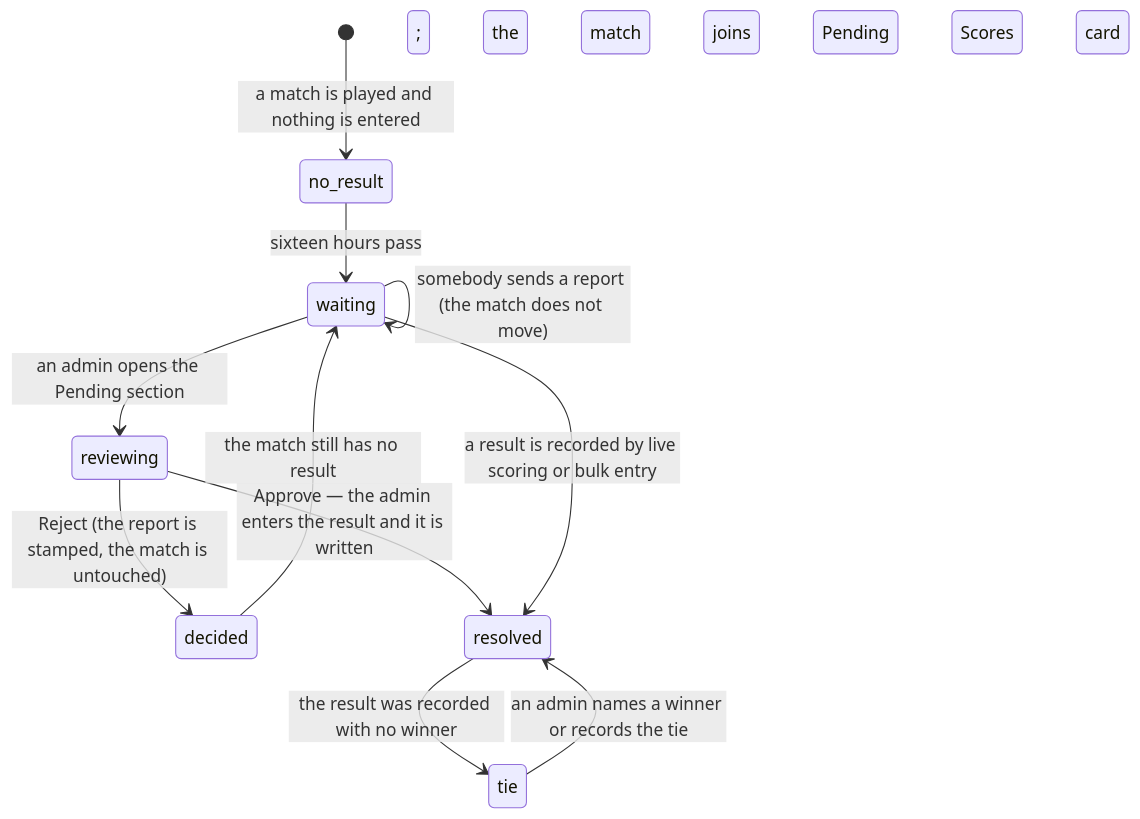
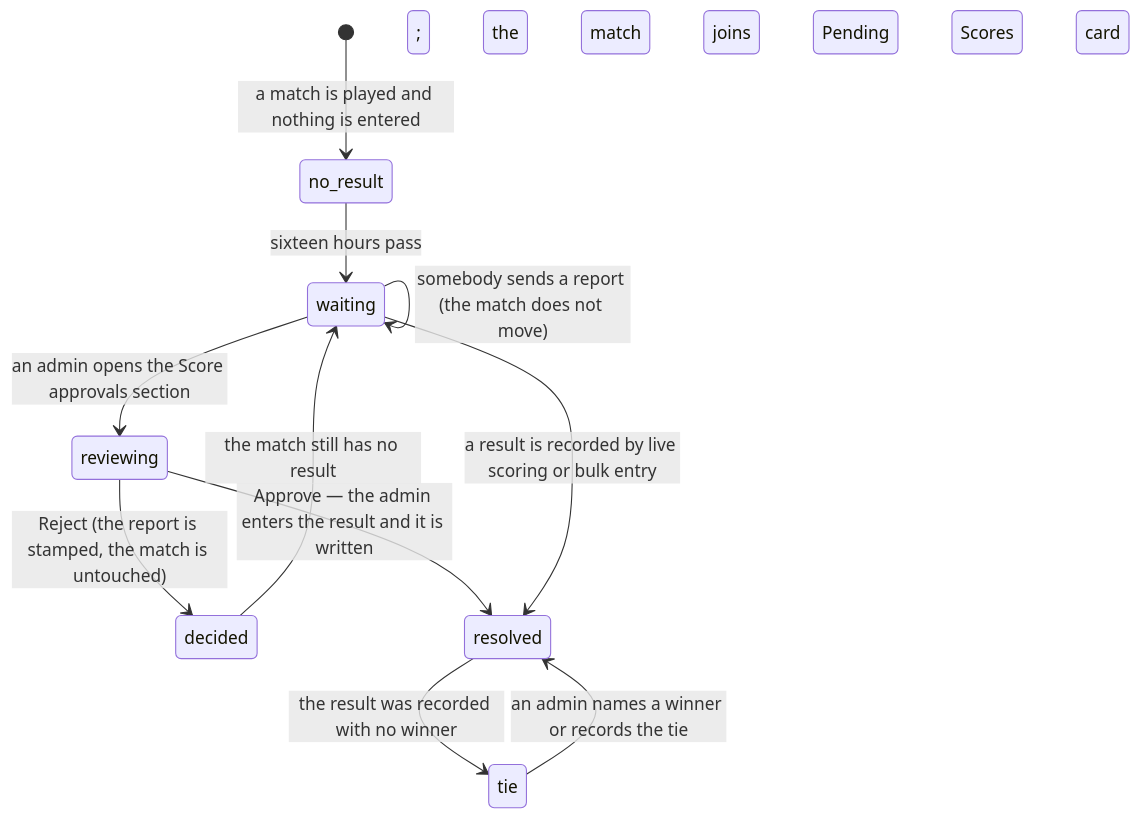
One commit to DougZeThug/717rec changed the diagram in docs/product-description/scores/pending-scores.md. Above: the diagram before and after it, drawn with Mermaid. The commit also changed other lines of this file and 20 other files, not shown here.

````diff
--- a/docs/product-description/scores/pending-scores.md
+++ b/docs/product-description/scores/pending-scores.md
@@ -50,13 +50,13 @@
 ```mermaid
 stateDiagram-v2
     [*] --> no_result : a match is played and nothing is entered
     no_result --> waiting : sixteen hours pass; the match joins the Pending Scores card
     waiting --> waiting : somebody sends a report (the match does not move)
-    waiting --> reviewing : an admin opens the Pending section
+    waiting --> reviewing : an admin opens the Score approvals section
     reviewing --> decided : Reject (the report is stamped, the match is untouched)
     decided --> waiting : the match still has no result
     reviewing --> resolved : Approve — the admin enters the result and it is written
     waiting --> resolved : a result is recorded by live scoring or bulk entry
     resolved --> tie : the result was recorded with no winner
     tie --> resolved : an admin names a winner or records the tie
 ```
````
